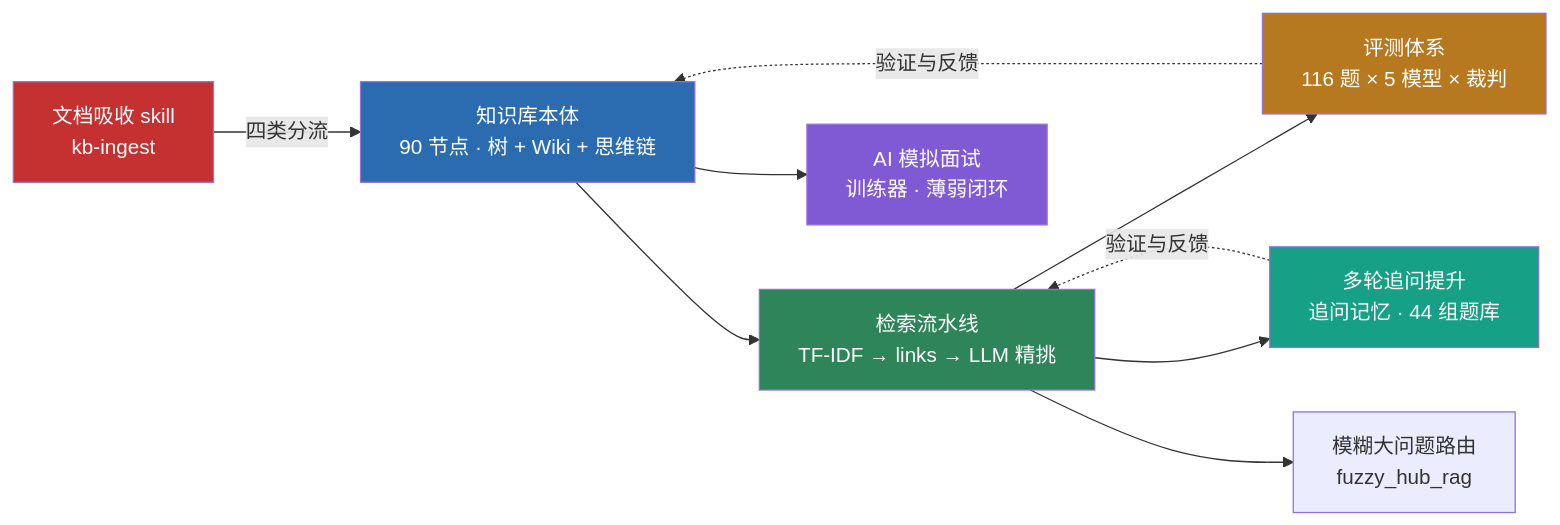
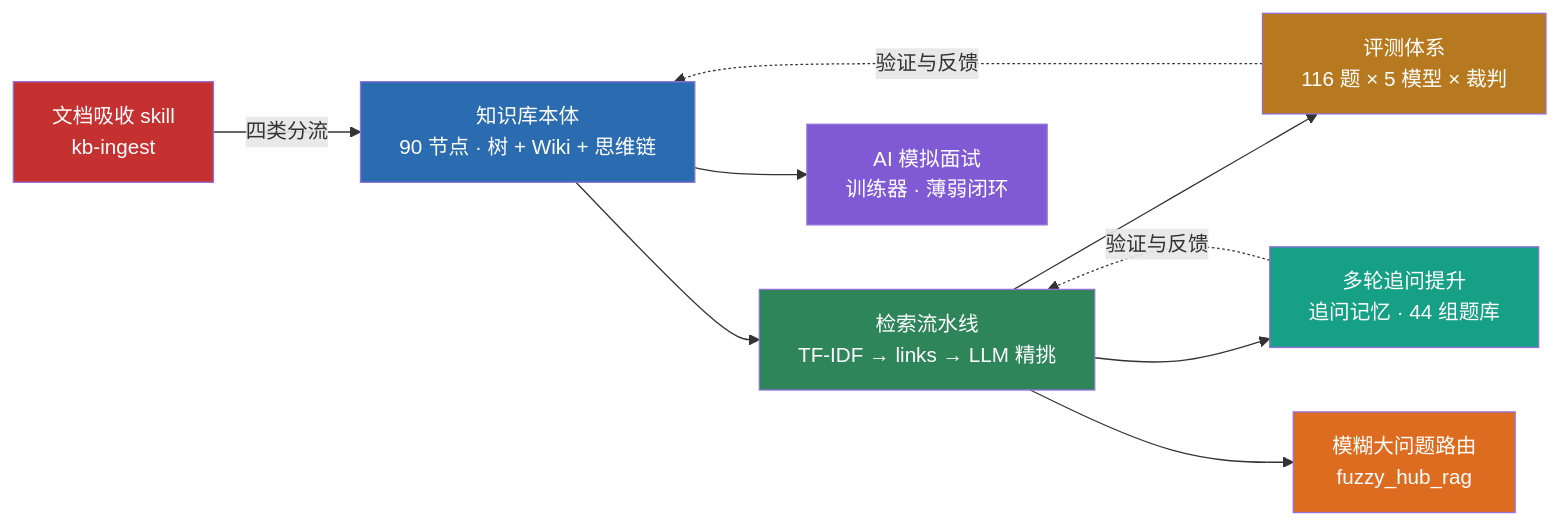
Before and after one commit to Baixiaodou/comm-knowledge-graph: the first of 8 diagrams in README.md, drawn with Mermaid.

Commit message:
fix: 项目全景图 F 节点(模糊大问题路由)补纯色填充
全景 mermaid 图 A/B/C/D/E/G 六节点均指定纯色 fill, 唯 F 漏 style 用默认半透明背景, 与彩色纯色节点混搭显突兀; 补 style F fill:#dd6b20(橙色)color:#fff

````diff
--- a/README.md
+++ b/README.md
@@ -54,18 +54,19 @@
 ```mermaid
 flowchart LR
     A["知识库本体<br/>90 节点 · 树 + Wiki + 思维链"] --> B["检索流水线<br/>TF-IDF → links → LLM 精挑"]
     B --> C["评测体系<br/>116 题 × 5 模型 × 裁判"]
     A --> D["AI 模拟面试<br/>训练器 · 薄弱闭环"]
     B --> E["多轮追问提升<br/>追问记忆 · 44 组题库"]
     E -.->|验证与反馈| B
     B --> F["模糊大问题路由<br/>fuzzy_hub_rag"]
     G["文档吸收 skill<br/>kb-ingest"] -->|四类分流| A
     C -.->|验证与反馈| A
 
     style A fill:#2b6cb0,color:#fff
     style B fill:#2f855a,color:#fff
     style C fill:#b7791f,color:#fff
     style D fill:#805ad5,color:#fff
     style E fill:#16a085,color:#fff
     style G fill:#c53030,color:#fff
+    style F fill:#dd6b20,color:#fff
 ```
````
